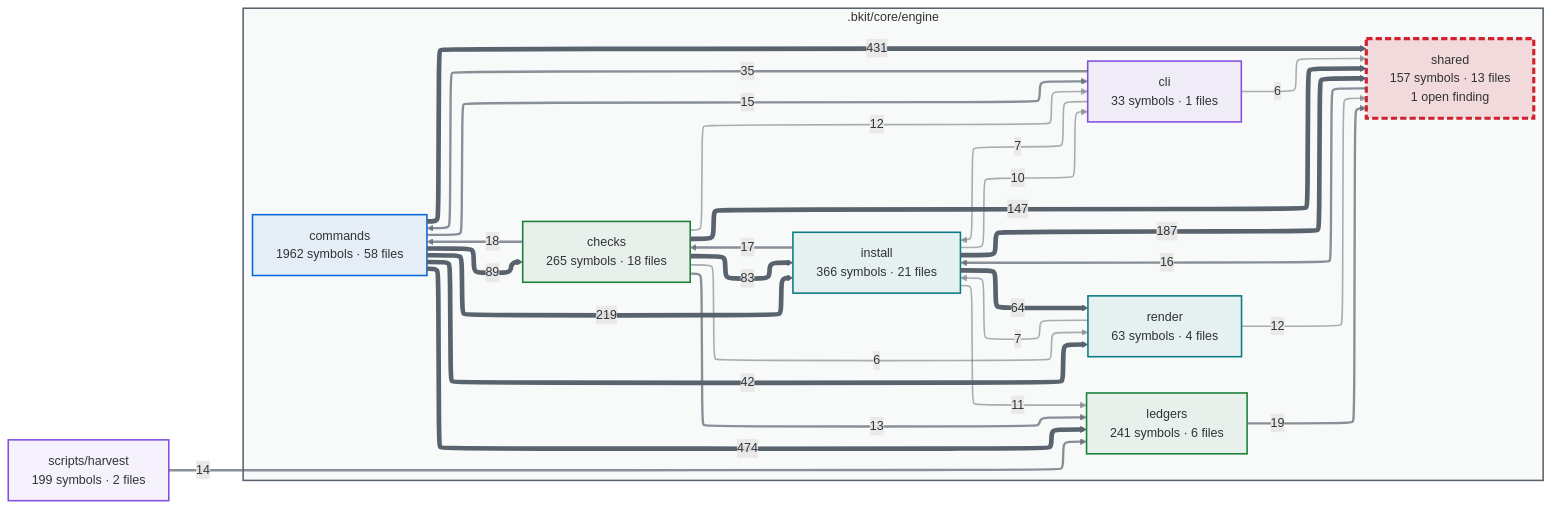
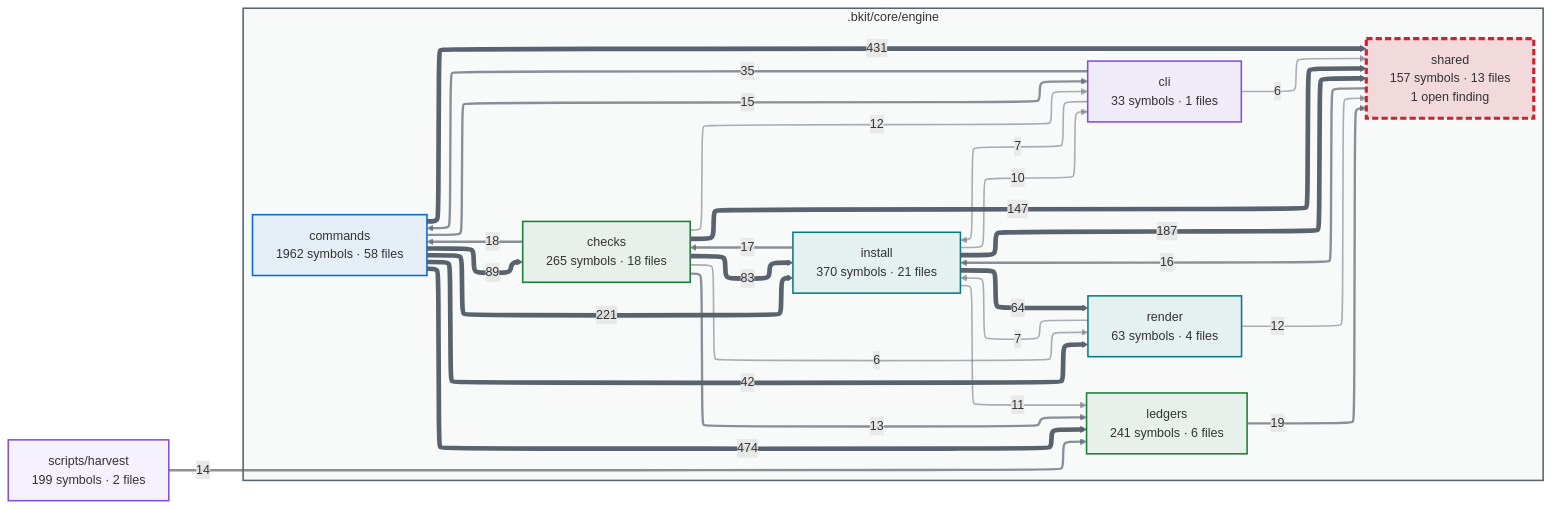
One commit to cbartens/bkit changed the first of 2 diagrams in docs/capabilities.md. Above: the diagram before and after it, drawn with Mermaid. The commit also changed other lines of this file and 53 other files, not shown here.

````diff
--- a/docs/capabilities.md
+++ b/docs/capabilities.md
@@ -116,80 +116,80 @@
 ```mermaid
 ---
 config:
   layout: elk
   themeCSS: "marker { overflow: visible; } marker path { transform: scale(1.8); transform-origin: 5px 5px; }"
   flowchart:
     useMaxWidth: false
 ---
 flowchart LR
   %% Generated by bkit-graphify-rollup.py — do not edit
   subgraph gn_bkit_core_engine[".bkit/core/engine"]
     n_bkit_core_engine_checks["checks<br/>265 symbols · 18 files"]
     n_bkit_core_engine_cli["cli<br/>33 symbols · 1 files"]
     n_bkit_core_engine_commands["commands<br/>1962 symbols · 58 files"]
-    n_bkit_core_engine_install["install<br/>366 symbols · 21 files"]
+    n_bkit_core_engine_install["install<br/>370 symbols · 21 files"]
     n_bkit_core_engine_ledgers["ledgers<br/>241 symbols · 6 files"]
     n_bkit_core_engine_render["render<br/>63 symbols · 4 files"]
     n_bkit_core_engine_shared["shared<br/>157 symbols · 13 files<br/>1 open finding"]
   end
   nscripts_harvest["scripts/harvest<br/>199 symbols · 2 files"]
   n_bkit_core_engine_commands -->|474| n_bkit_core_engine_ledgers
   n_bkit_core_engine_commands -->|431| n_bkit_core_engine_shared
-  n_bkit_core_engine_commands -->|219| n_bkit_core_engine_install
+  n_bkit_core_engine_commands -->|221| n_bkit_core_engine_install
   n_bkit_core_engine_install -->|187| n_bkit_core_engine_shared
   n_bkit_core_engine_checks -->|147| n_bkit_core_engine_shared
   n_bkit_core_engine_commands -->|89| n_bkit_core_engine_checks
   n_bkit_core_engine_checks -->|83| n_bkit_core_engine_install
   n_bkit_core_engine_install -->|64| n_bkit_core_engine_render
   n_bkit_core_engine_commands -->|42| n_bkit_core_engine_render
   n_bkit_core_engine_cli -->|35| n_bkit_core_engine_commands
   n_bkit_core_engine_ledgers -->|19| n_bkit_core_engine_shared
   n_bkit_core_engine_checks -->|18| n_bkit_core_engine_commands
   n_bkit_core_engine_install -->|17| n_bkit_core_engine_checks
   n_bkit_core_engine_shared -->|16| n_bkit_core_engine_install
   n_bkit_core_engine_commands -->|15| n_bkit_core_engine_cli
   nscripts_harvest -->|14| n_bkit_core_engine_ledgers
   n_bkit_core_engine_checks -->|13| n_bkit_core_engine_ledgers
   n_bkit_core_engine_checks -->|12| n_bkit_core_engine_cli
   n_bkit_core_engine_render -->|12| n_bkit_core_engine_shared
   n_bkit_core_engine_install -->|11| n_bkit_core_engine_ledgers
   n_bkit_core_engine_install -->|10| n_bkit_core_engine_cli
   n_bkit_core_engine_cli -->|7| n_bkit_core_engine_install
   n_bkit_core_engine_render -->|7| n_bkit_core_engine_install
   n_bkit_core_engine_checks -->|6| n_bkit_core_engine_render
   n_bkit_core_engine_cli -->|6| n_bkit_core_engine_shared
   style gn_bkit_core_engine fill:#59636e0a,stroke:#59636e,stroke-width:2px
   style n_bkit_core_engine_checks stroke:#1a7f37,stroke-width:2px,fill:#1a7f3714
   style n_bkit_core_engine_cli stroke:#8250df,stroke-width:2px,fill:#8250df14
   style n_bkit_core_engine_commands stroke:#0969da,stroke-width:2px,fill:#0969da14
   style n_bkit_core_engine_install stroke:#0a7b83,stroke-width:2px,fill:#0a7b8314
   style n_bkit_core_engine_ledgers stroke:#1a7f37,stroke-width:2px,fill:#1a7f3714
   style n_bkit_core_engine_render stroke:#0a7b83,stroke-width:2px,fill:#0a7b8314
   style n_bkit_core_engine_shared stroke:#cf222e,stroke-width:4px,stroke-dasharray:8 4,fill:#cf222e26
   style nscripts_harvest stroke:#8250df,stroke-width:2px,fill:#8250df14
   linkStyle 0 stroke:#59636e,stroke-width:6px
   linkStyle 1 stroke:#59636e,stroke-width:6px
   linkStyle 2 stroke:#59636e,stroke-width:6px
   linkStyle 3 stroke:#59636e,stroke-width:6px
   linkStyle 4 stroke:#59636e,stroke-width:6px
   linkStyle 5 stroke:#59636e,stroke-width:6px
   linkStyle 6 stroke:#59636e,stroke-width:6px
   linkStyle 7 stroke:#59636e,stroke-width:6px
   linkStyle 8 stroke:#59636e,stroke-width:6px
   linkStyle 9 stroke:#59636eb3,stroke-width:3px
   linkStyle 10 stroke:#59636eb3,stroke-width:3px
   linkStyle 11 stroke:#59636eb3,stroke-width:3px
   linkStyle 12 stroke:#59636eb3,stroke-width:3px
   linkStyle 13 stroke:#59636eb3,stroke-width:3px
   linkStyle 14 stroke:#59636eb3,stroke-width:3px
   linkStyle 15 stroke:#59636eb3,stroke-width:3px
   linkStyle 16 stroke:#59636eb3,stroke-width:3px
   linkStyle 17 stroke:#59636e80,stroke-width:2px
   linkStyle 18 stroke:#59636e80,stroke-width:2px
   linkStyle 19 stroke:#59636e80,stroke-width:2px
   linkStyle 20 stroke:#59636e80,stroke-width:2px
   linkStyle 21 stroke:#59636e80,stroke-width:2px
   linkStyle 22 stroke:#59636e80,stroke-width:2px
   linkStyle 23 stroke:#59636e80,stroke-width:2px
   linkStyle 24 stroke:#59636e80,stroke-width:2px
 ```
````
